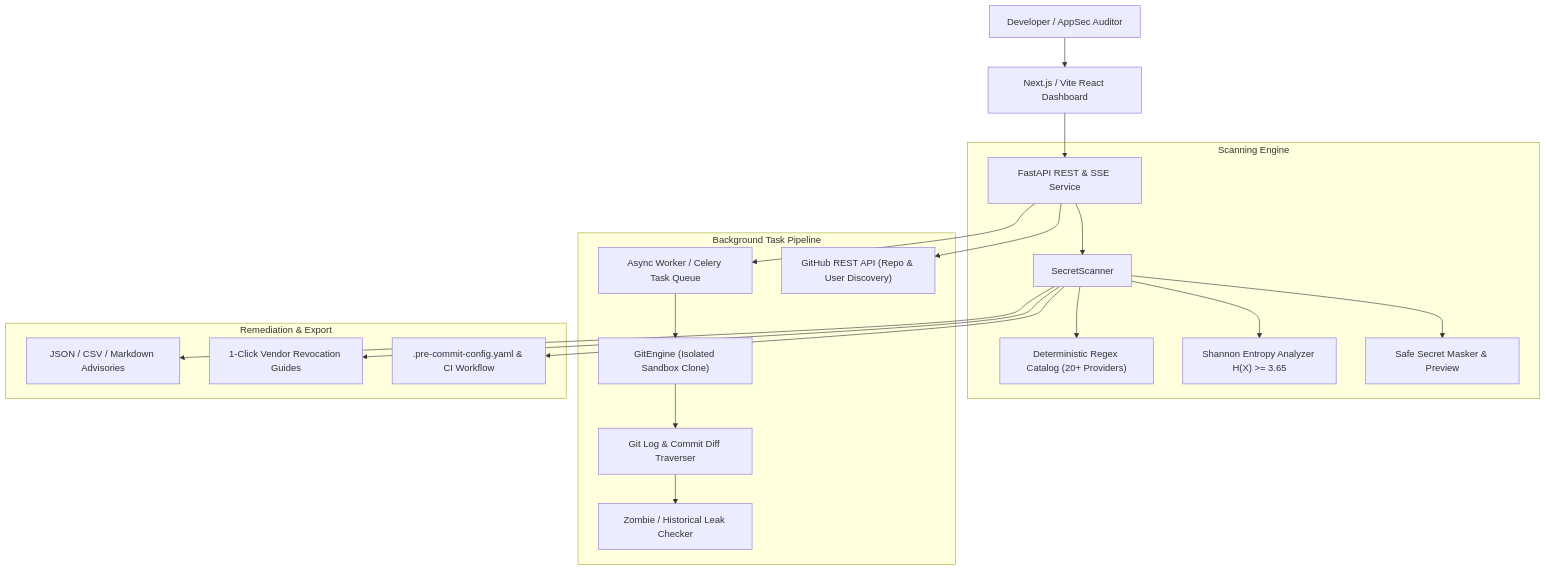
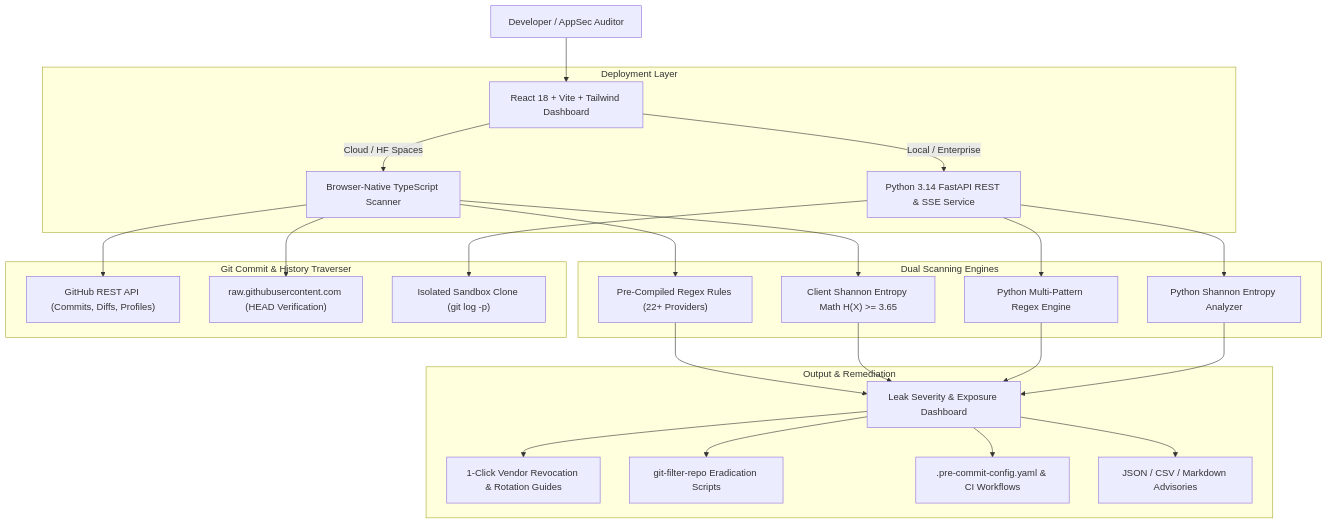
Before and after one commit to Akhil-Binu/SecretShield: the diagram in README.md, drawn with Mermaid. The commit also changed other lines of this file, not shown here.

Commit message:
docs: comprehensive update to README with dual-engine architecture, live links, and latest feature details

````diff
--- a/README.md
+++ b/README.md
@@ -46,26 +133,31 @@
 ```mermaid
 flowchart TD
-    User["Developer / AppSec Auditor"] --> UI["Next.js / Vite React Dashboard"]
-    UI --> API["FastAPI REST & SSE Service"]
+    User["Developer / AppSec Auditor"] --> UI["React 18 + Vite + Tailwind Dashboard"]
     
-    subgraph "Scanning Engine"
-        API --> Engine["SecretScanner"]
-        Engine --> Regex["Deterministic Regex Catalog (20+ Providers)"]
-        Engine --> Entropy["Shannon Entropy Analyzer H(X) >= 3.65"]
-        Engine --> Masker["Safe Secret Masker & Preview"]
+    subgraph "Deployment Layer"
+        UI -->|Cloud / HF Spaces| BrowserEngine["Browser-Native TypeScript Scanner"]
+        UI -->|Local / Enterprise| FastAPIEngine["Python 3.14 FastAPI REST & SSE Service"]
     end
 
-    subgraph "Background Task Pipeline"
-        API --> Queue["Async Worker / Celery Task Queue"]
-        Queue --> GitEngine["GitEngine (Isolated Sandbox Clone)"]
-        GitEngine --> DiffParser["Git Log & Commit Diff Traverser"]
-        DiffParser --> ZombieDetector["Zombie / Historical Leak Checker"]
-        API --> GitHubAPI["GitHub REST API (Repo & User Discovery)"]
+    subgraph "Dual Scanning Engines"
+        BrowserEngine --> RegexEngine["Pre-Compiled Regex Rules (22+ Providers)"]
+        BrowserEngine --> EntropyEngine["Client Shannon Entropy Math H(X) >= 3.65"]
+        FastAPIEngine --> ServerRegex["Python Multi-Pattern Regex Engine"]
+        FastAPIEngine --> ServerEntropy["Python Shannon Entropy Analyzer"]
     end
 
-    subgraph "Remediation & Export"
-        Engine --> Report["JSON / CSV / Markdown Advisories"]
-        Engine --> Revocation["1-Click Vendor Revocation Guides"]
-        Engine --> PreCommit[".pre-commit-config.yaml & CI Workflow"]
+    subgraph "Git Commit & History Traverser"
+        BrowserEngine --> GH_API["GitHub REST API (Commits, Diffs, Profiles)"]
+        BrowserEngine --> RawCDN["raw.githubusercontent.com (HEAD Verification)"]
+        FastAPIEngine --> GitSandbox["Isolated Sandbox Clone (git log -p)"]
+    end
+
+    subgraph "Output & Remediation"
+        RegexEngine & EntropyEngine --> Dashboard["Leak Severity & Exposure Dashboard"]
+        ServerRegex & ServerEntropy --> Dashboard
+        Dashboard --> FixPlan["1-Click Vendor Revocation & Rotation Guides"]
+        Dashboard --> GitPurge["git-filter-repo Eradication Scripts"]
+        Dashboard --> PreCommit[".pre-commit-config.yaml & CI Workflows"]
+        Dashboard --> Reports["JSON / CSV / Markdown Advisories"]
     end
 ```
````
